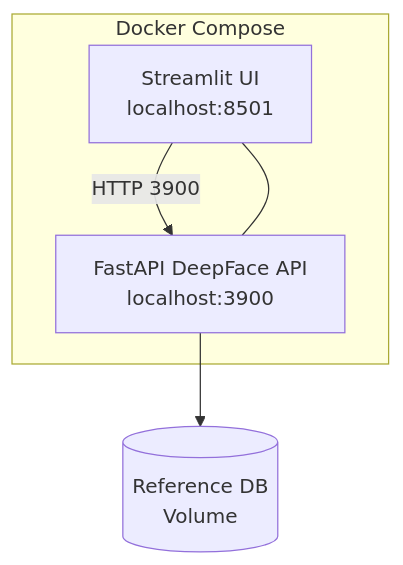
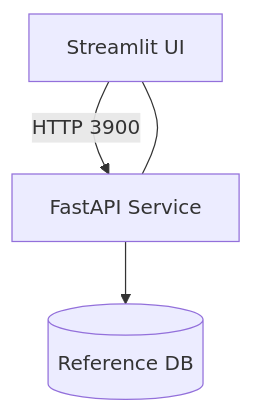
Before and after one commit to thadius83/deepfacestudio: the diagram in README.md, drawn with Mermaid. The commit also changed other lines of this file, not shown here.

Commit message:
Improve README formatting

````diff
--- a/README.md
+++ b/README.md
@@ -57,11 +56,6 @@
 ```mermaid
 graph TD
-    UI[Streamlit UI
-    localhost:8501] -->|HTTP 3900| API[FastAPI DeepFace API
-    localhost:3900]
-    subgraph containers[Docker Compose]
-        UI --- API
-    end
-    API --> DB[(Reference DB
-    Volume)]
+    UI[Streamlit UI] -->|HTTP 3900| API[FastAPI Service]
+    UI --- API
+    API --> DB[(Reference DB)]
 ```
````
